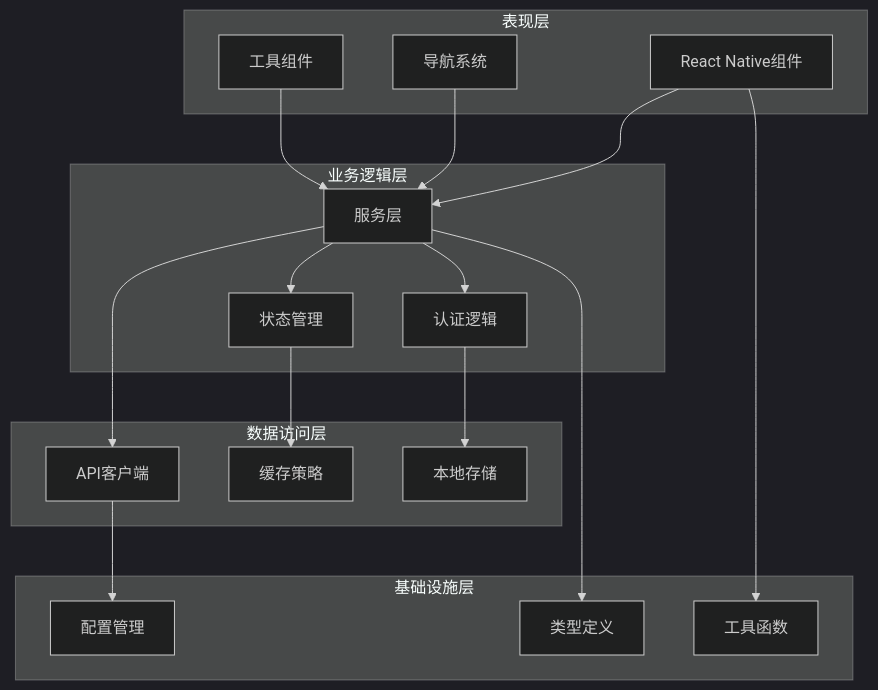
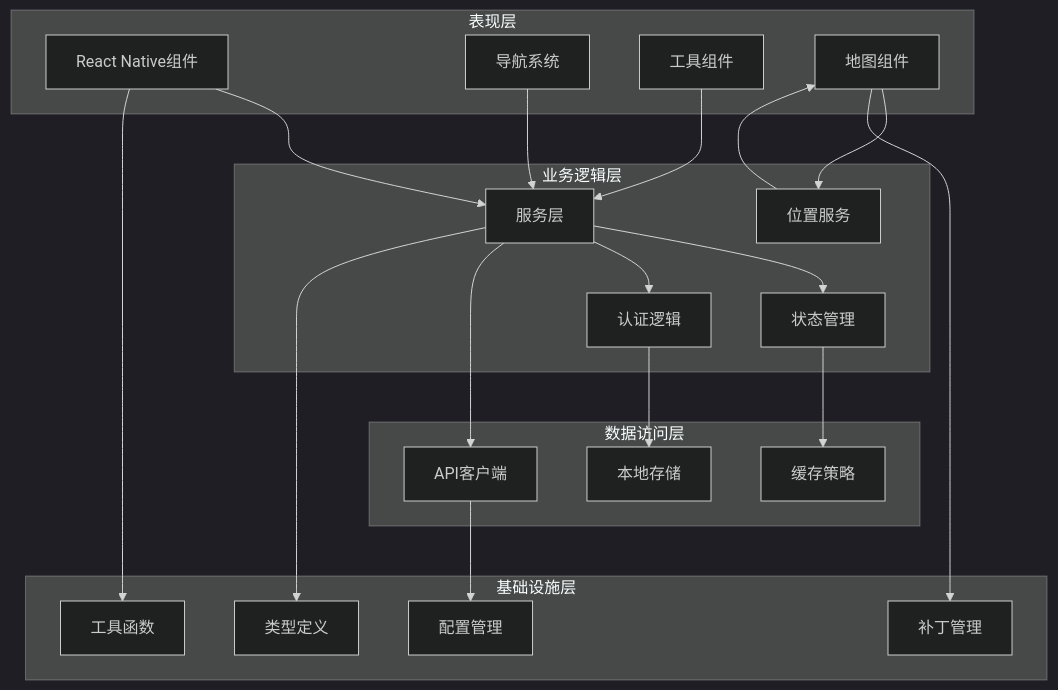
Before and after one commit to yinsw-c2e/drone_Rental_platform_v1: the third of 10 diagrams in .qoder/repowiki/zh/content/移动端应用/移动应用依赖管理.md, drawn with Mermaid (dark theme). The commit also changed other lines of this file and 23 other files, not shown here.

````diff
--- a/.qoder/repowiki/zh/content/移动端应用/移动应用依赖管理.md
+++ b/.qoder/repowiki/zh/content/移动端应用/移动应用依赖管理.md
@@ -134,34 +177,40 @@
 ```mermaid
 graph TB
 subgraph "表现层"
 UI[React Native组件]
 NAV[导航系统]
 UTIL[工具组件]
+MAP[地图组件]
 end
 subgraph "业务逻辑层"
 SVC[服务层]
 STORE[状态管理]
 AUTH[认证逻辑]
+LOC[位置服务]
 end
 subgraph "数据访问层"
 API[API客户端]
 CACHE[缓存策略]
 STORAGE[本地存储]
 end
 subgraph "基础设施层"
 CFG[配置管理]
 TYPES[类型定义]
 UTILS[工具函数]
+PATCH[补丁管理]
 end
 UI --> SVC
 NAV --> SVC
 UTIL --> SVC
+MAP --> LOC
 SVC --> STORE
 SVC --> AUTH
 SVC --> API
+LOC --> MAP
 STORE --> CACHE
 AUTH --> STORAGE
 API --> CFG
 SVC --> TYPES
 UI --> UTILS
+MAP --> PATCH
 ```
````
